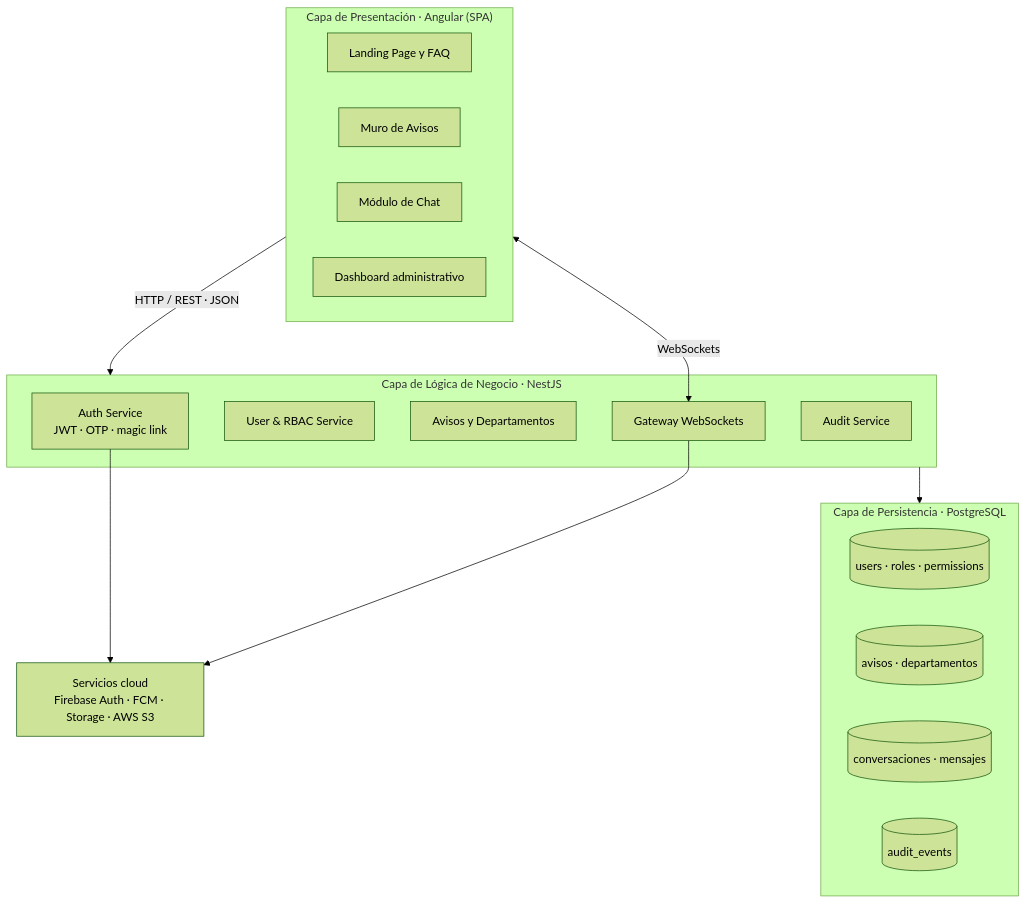
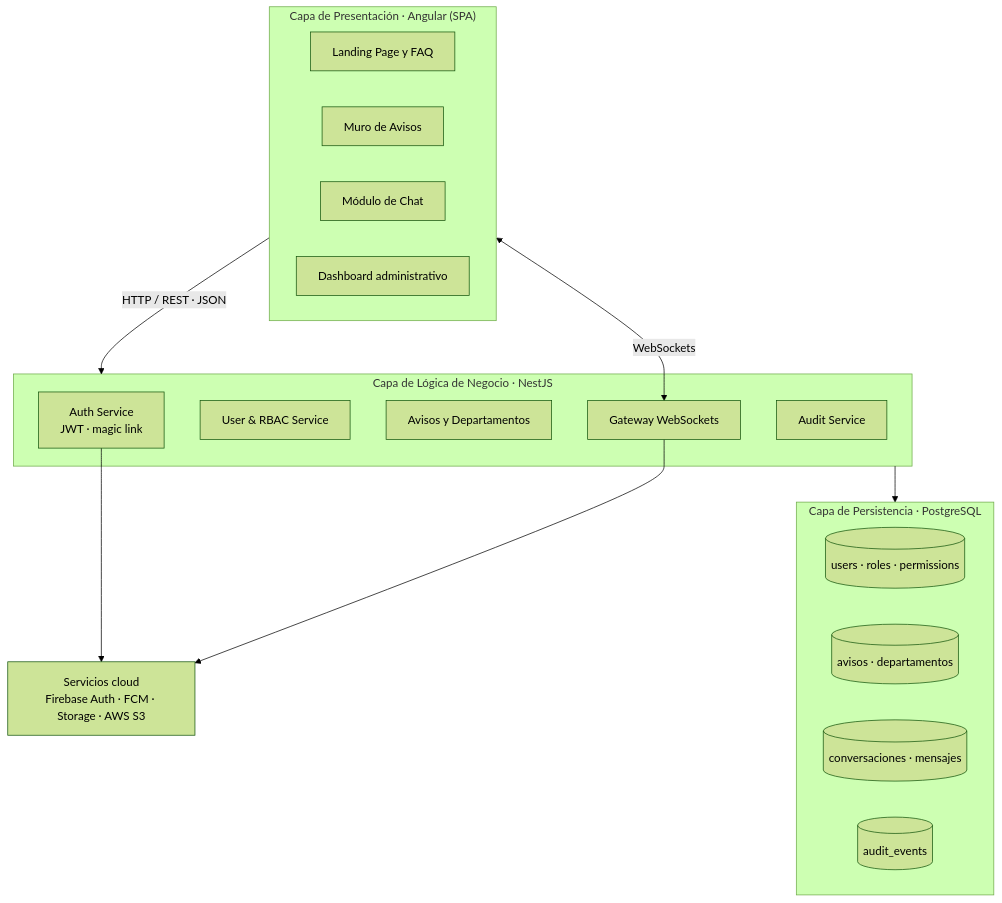
The diagram in assets/diagrams/arquitectura-tres-capas.mmd (UTTCONNECT/DOCUMENTATION), drawn with Mermaid (forest theme) before and after one commit.

Commit message:
docs(diagramas): quitar OTP del diagrama de arquitectura

```diff
--- a/assets/diagrams/arquitectura-tres-capas.mmd
+++ b/assets/diagrams/arquitectura-tres-capas.mmd
@@ -1,32 +1,32 @@
 %% UTT Connect - Arquitectura en tres capas (Three-Tier) + SPA
 %% Fuente editable del diagrama incluido en README.md
 flowchart TB
     subgraph P["Capa de Presentación · Angular (SPA)"]
         A1["Landing Page y FAQ"]
         A2["Muro de Avisos"]
         A3["Módulo de Chat"]
         A4["Dashboard administrativo"]
     end
 
     subgraph N["Capa de Lógica de Negocio · NestJS"]
-        B1["Auth Service<br/>JWT · OTP · magic link"]
+        B1["Auth Service<br/>JWT · magic link"]
         B2["User & RBAC Service"]
         B3["Avisos y Departamentos"]
         B4["Gateway WebSockets"]
         B5["Audit Service"]
     end
 
     subgraph D["Capa de Persistencia · PostgreSQL"]
         C1[("users · roles · permissions")]
         C2[("avisos · departamentos")]
         C3[("conversaciones · mensajes")]
         C4[("audit_events")]
     end
 
     EXT["Servicios cloud<br/>Firebase Auth · FCM · Storage · AWS S3"]
 
     P -->|"HTTP / REST · JSON"| N
     P <-->|"WebSockets"| B4
     N --> D
     B1 --> EXT
     B4 --> EXT
```
